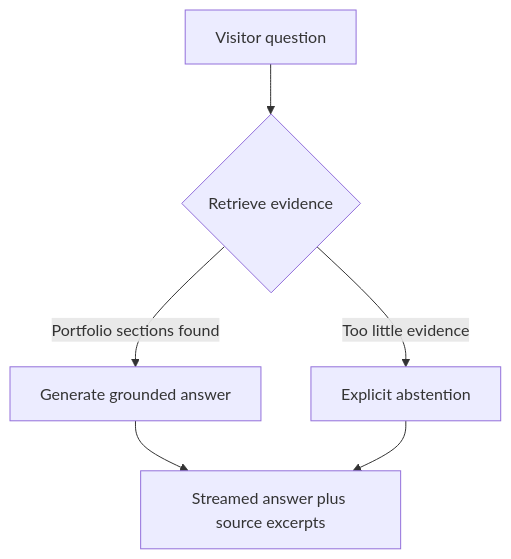
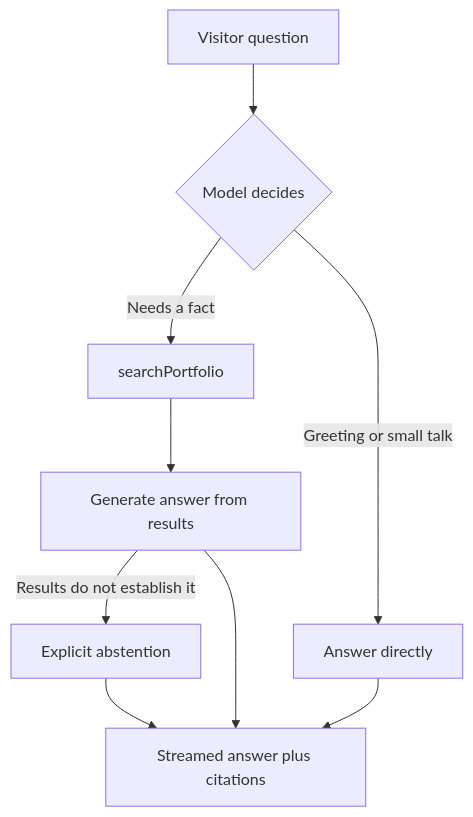
One commit to sgama/sg changed the first of 6 diagrams in content/posts/2026-01-25-ai-chat/index.md. Above: the diagram before and after it, drawn with Mermaid. The commit also changed other lines of this file and 5 other files, not shown here.

```diff
--- a/content/posts/2026-01-25-ai-chat/index.md
+++ b/content/posts/2026-01-25-ai-chat/index.md
@@ -23,8 +24,11 @@
 {{< mermaid >}}
 flowchart TB
-    Q[Visitor question] --> R{Retrieve evidence}
-    R -->|Portfolio sections found| G[Generate grounded answer]
-    R -->|Too little evidence| A[Explicit abstention]
-    G --> S[Streamed answer plus source excerpts]
-    A --> S
+    Q[Visitor question] --> M{Model decides}
+    M -->|Needs a fact| S[searchPortfolio]
+    M -->|Greeting or small talk| G[Answer directly]
+    S --> G2[Generate answer from results]
+    G2 -->|Results do not establish it| A[Explicit abstention]
+    G2 --> O[Streamed answer plus citations]
+    G --> O
+    A --> O
 {{< /mermaid >}}
```
